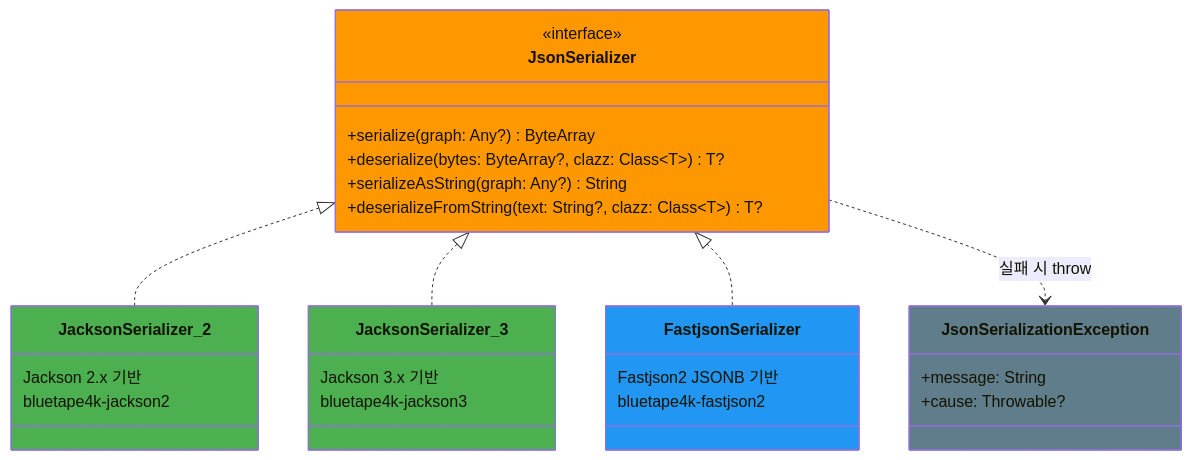
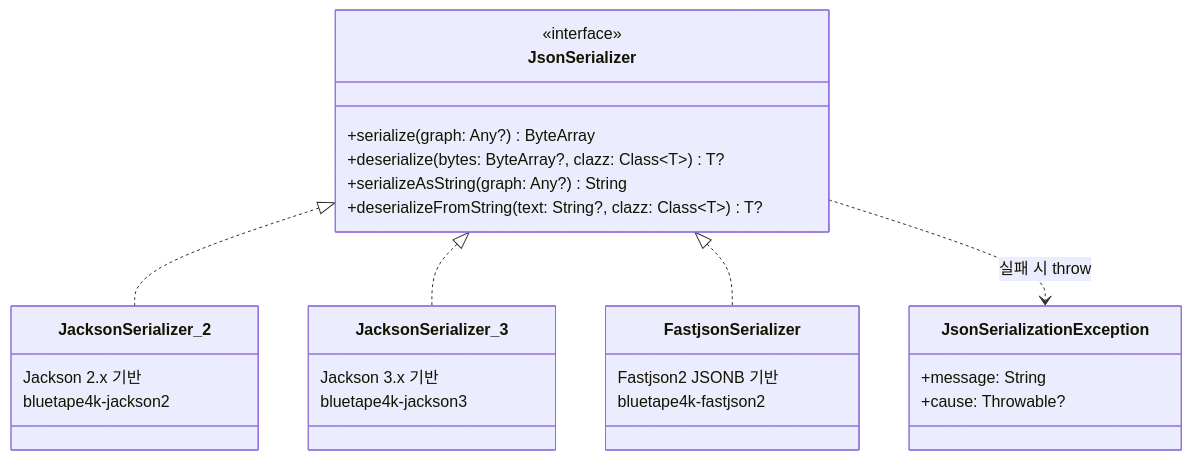
One commit to bluetape4k/bluetape4k-projects changed the first of 2 diagrams in io/json/README.md. Above: the diagram before and after it, drawn with Mermaid. The commit also changed 95 other files, not shown here.

First line of the commit message:
docs: Mermaid 파서 오류 전체 수정 (IntelliJ IDEA 호환)

````diff
--- a/io/json/README.md
+++ b/io/json/README.md
@@ -84,41 +84,36 @@
 ```mermaid
 classDiagram
-    class JsonSerializer:::serializerStyle {
+    class JsonSerializer {
         <<interface>>
         +serialize(graph: Any?) ByteArray
         +deserialize(bytes: ByteArray?, clazz: Class~T~) T?
         +serializeAsString(graph: Any?) String
         +deserializeFromString(text: String?, clazz: Class~T~) T?
     }
 
-    class JsonSerializationException:::ioStyle {
+    class JsonSerializationException {
         +message: String
         +cause: Throwable?
     }
 
-    class JacksonSerializer_2:::extensionStyle {
+    class JacksonSerializer_2 {
         Jackson 2.x 기반
         bluetape4k-jackson2
     }
 
-    class JacksonSerializer_3:::extensionStyle {
+    class JacksonSerializer_3 {
         Jackson 3.x 기반
         bluetape4k-jackson3
     }
 
-    class FastjsonSerializer:::codecStyle {
+    class FastjsonSerializer {
         Fastjson2 JSONB 기반
         bluetape4k-fastjson2
     }
 
     JsonSerializer <|.. JacksonSerializer_2
     JsonSerializer <|.. JacksonSerializer_3
     JsonSerializer <|.. FastjsonSerializer
     JsonSerializer ..> JsonSerializationException : 실패 시 throw
 
-    classDef serializerStyle fill:#FF9800
-    classDef extensionStyle fill:#4CAF50
-    classDef codecStyle fill:#2196F3
-    classDef ioStyle fill:#607D8B
-    classDef encryptStyle fill:#F44336
 ```
````
